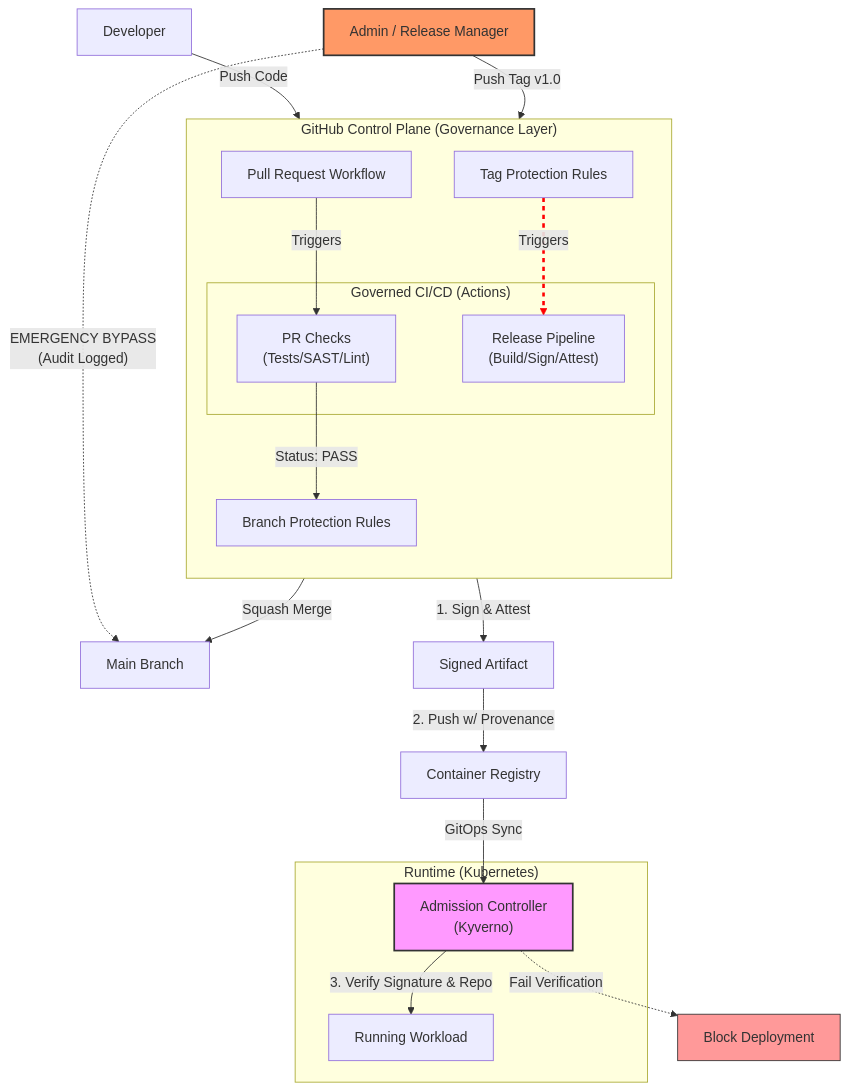
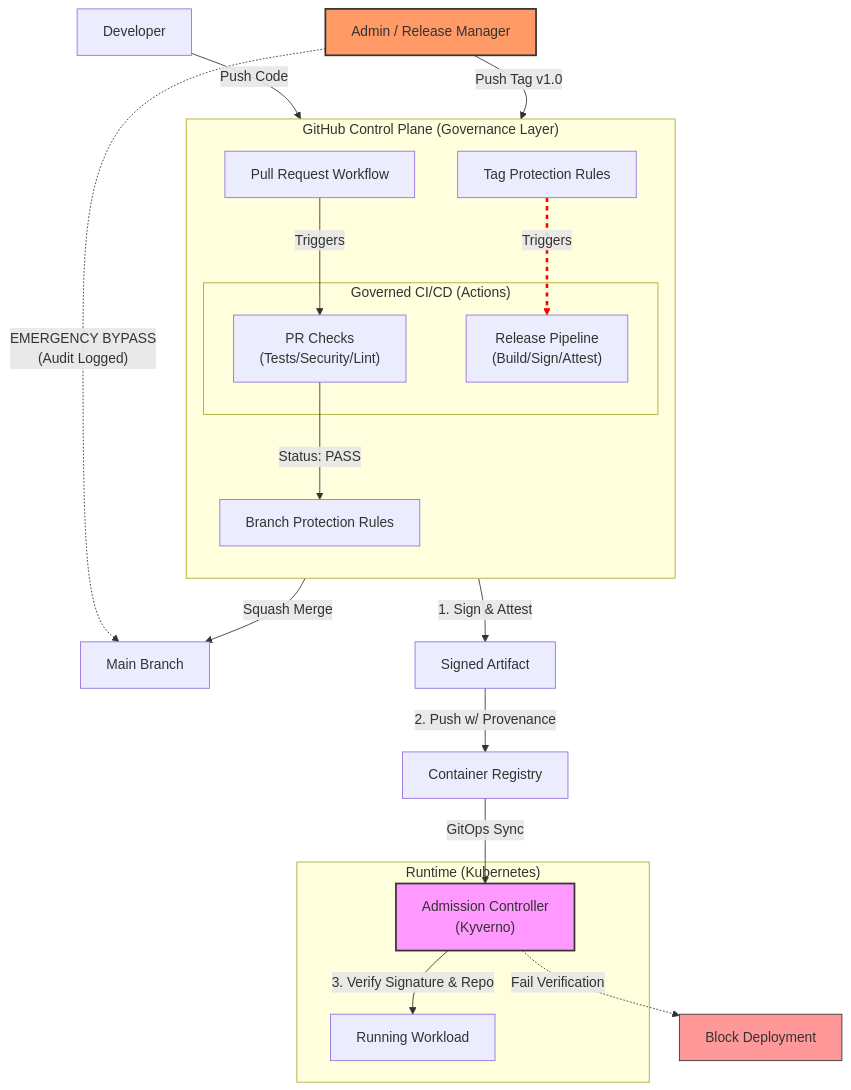
Before and after one commit to agslima/software-delivery-pipeline: the diagram in docs/governance.md, drawn with Mermaid. The commit also changed other lines of this file and 2 other files, not shown here.

````diff
--- a/docs/governance.md
+++ b/docs/governance.md
@@ -20,54 +20,54 @@
 ```mermaid
 flowchart TB
     %% Actors
     Dev[Developer]
     Admin[Admin / Release Manager]
 
     %% GitHub Control Plane
     subgraph GitHub["GitHub Control Plane (Governance Layer)"]
         direction TB
         BR[Branch Protection Rules]
         PR[Pull Request Workflow]
         TAG_RULE[Tag Protection Rules]
         
         subgraph CI["Governed CI/CD (Actions)"]
-            Check["PR Checks<br/>(Tests/SAST/Lint)"]
+            Check["PR Checks<br/>(Tests/Security/Lint)"]
             Build["Release Pipeline<br/>(Build/Sign/Attest)"]
         end
     end
 
     %% Standard Flow (Happy Path)
     Dev -->|Push Code| PR
     PR -->|Triggers| Check
     Check -->|Status: PASS| BR
     BR -->|Squash Merge| Main[Main Branch]
     
     %% Release Flow
     Admin -->|Push Tag v1.0| TAG_RULE
     TAG_RULE -->|Triggers| Build
 
     %% 🚨 BREAK-GLASS FLOW 🚨
     Admin -.->|"EMERGENCY BYPASS<br/>(Audit Logged)"| Main
 
     %% Artifact Flow
     Build -->|1. Sign & Attest| IMG["Signed Artifact"]
     IMG -->|2. Push w/ Provenance| REG[Container Registry]
 
     %% Runtime
     subgraph RUNTIME["Runtime (Kubernetes)"]
         ADM["Admission Controller<br/>(Kyverno)"]
         POD[Running Workload]
     end
 
     REG -->|GitOps Sync| ADM
     ADM -->|3. Verify Signature & Repo| POD
     ADM -.->|Fail Verification| BLOCK[Block Deployment]
 
     %% Styles
     style Admin fill:#f96,stroke:#333,stroke-width:2px
     style ADM fill:#f9f,stroke:#333,stroke-width:2px
     style BLOCK fill:#ff9999,stroke:#333,stroke-width:1px
     
     %% Highlight the Emergency Link in Red
     linkStyle 5 stroke:red,stroke-width:3px,stroke-dasharray: 5 5;
 ```
````
